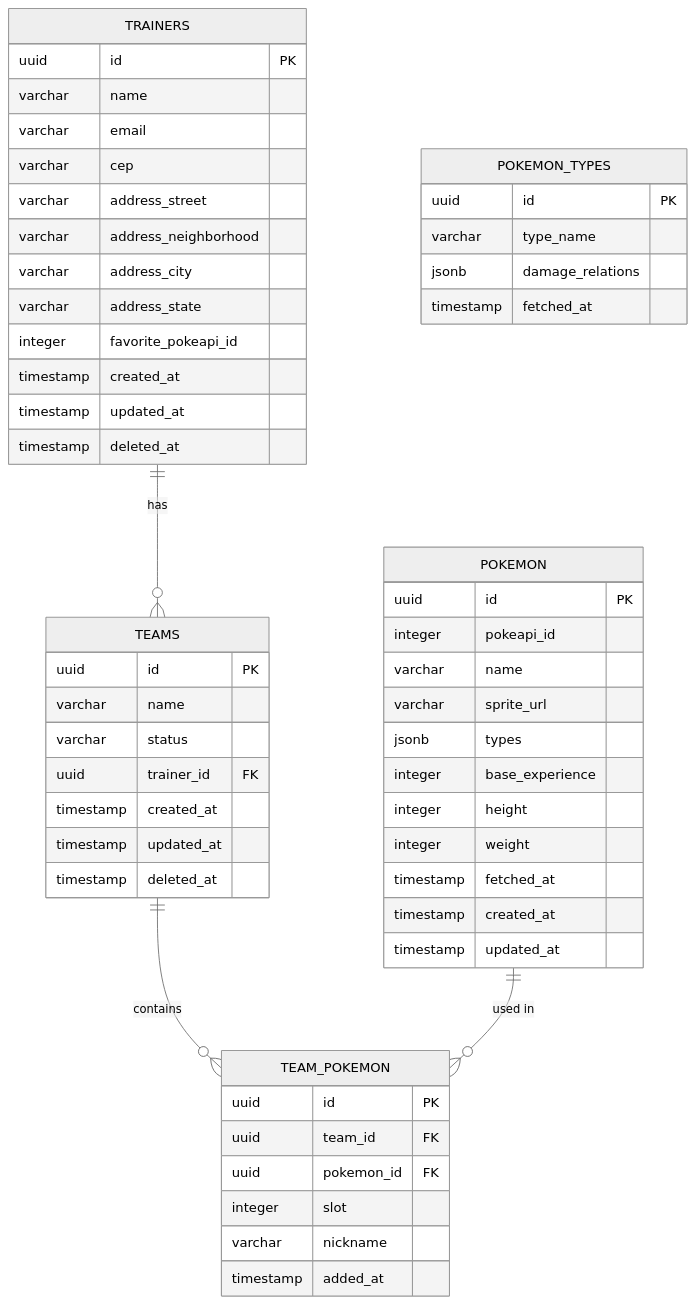
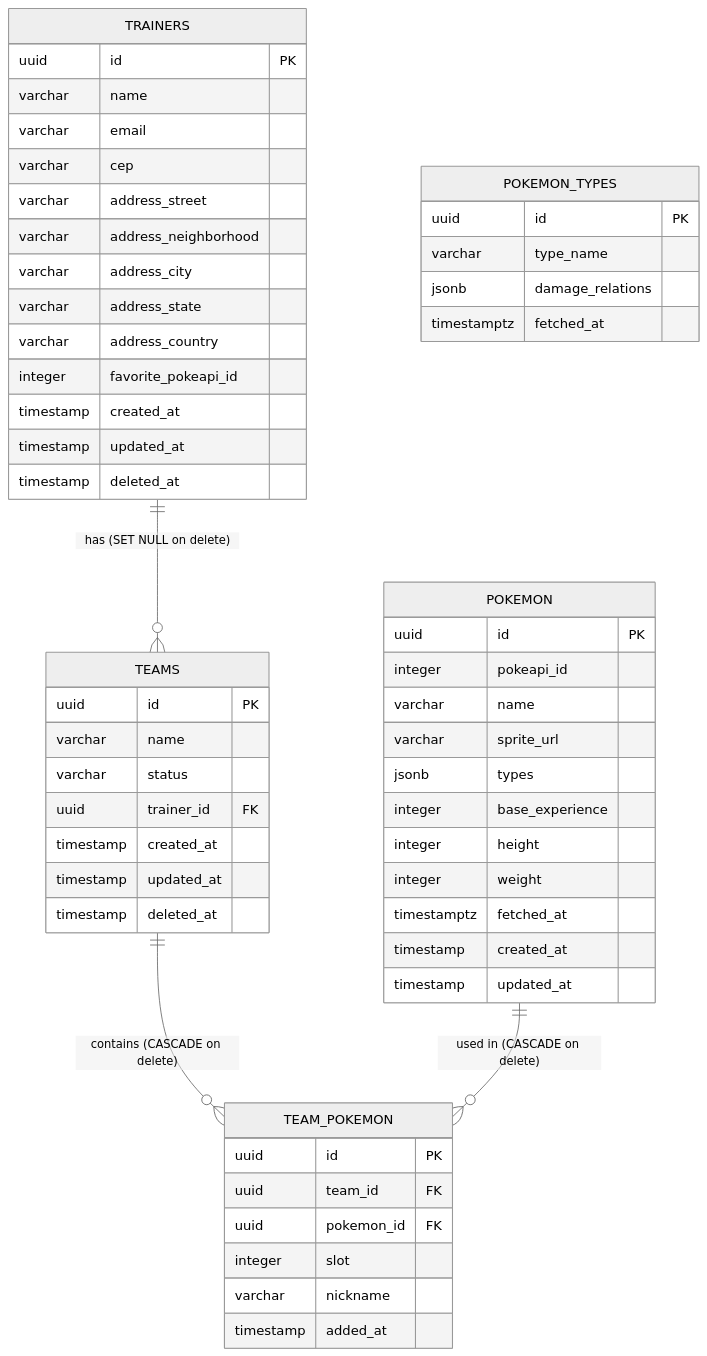
Before and after one commit to sarkioja/pokeapi-test: the diagram in docs/erd.md, drawn with Mermaid (neutral theme). The commit also changed other lines of this file and 4 other files, not shown here.

First line of the commit message:
docs: review and expand architecture, ERD, and endpoints documentation

````diff
--- a/docs/erd.md
+++ b/docs/erd.md
@@ -3,61 +3,62 @@
 ```mermaid
 erDiagram
     TRAINERS {
         uuid id PK
         varchar name
         varchar email
         varchar cep
         varchar address_street
         varchar address_neighborhood
         varchar address_city
         varchar address_state
+        varchar address_country
         integer favorite_pokeapi_id
         timestamp created_at
         timestamp updated_at
         timestamp deleted_at
     }
 
     TEAMS {
         uuid id PK
         varchar name
         varchar status
         uuid trainer_id FK
         timestamp created_at
         timestamp updated_at
         timestamp deleted_at
     }
 
     POKEMON {
         uuid id PK
         integer pokeapi_id
         varchar name
         varchar sprite_url
         jsonb types
         integer base_experience
         integer height
         integer weight
-        timestamp fetched_at
+        timestamptz fetched_at
         timestamp created_at
         timestamp updated_at
     }
 
     POKEMON_TYPES {
         uuid id PK
         varchar type_name
         jsonb damage_relations
-        timestamp fetched_at
+        timestamptz fetched_at
     }
 
     TEAM_POKEMON {
         uuid id PK
         uuid team_id FK
         uuid pokemon_id FK
         integer slot
         varchar nickname
         timestamp added_at
     }
 
-    TRAINERS ||--o{ TEAMS : "has"
-    TEAMS ||--o{ TEAM_POKEMON : "contains"
-    POKEMON ||--o{ TEAM_POKEMON : "used in"
+    TRAINERS ||--o{ TEAMS : "has (SET NULL on delete)"
+    TEAMS ||--o{ TEAM_POKEMON : "contains (CASCADE on delete)"
+    POKEMON ||--o{ TEAM_POKEMON : "used in (CASCADE on delete)"
 ```
````
